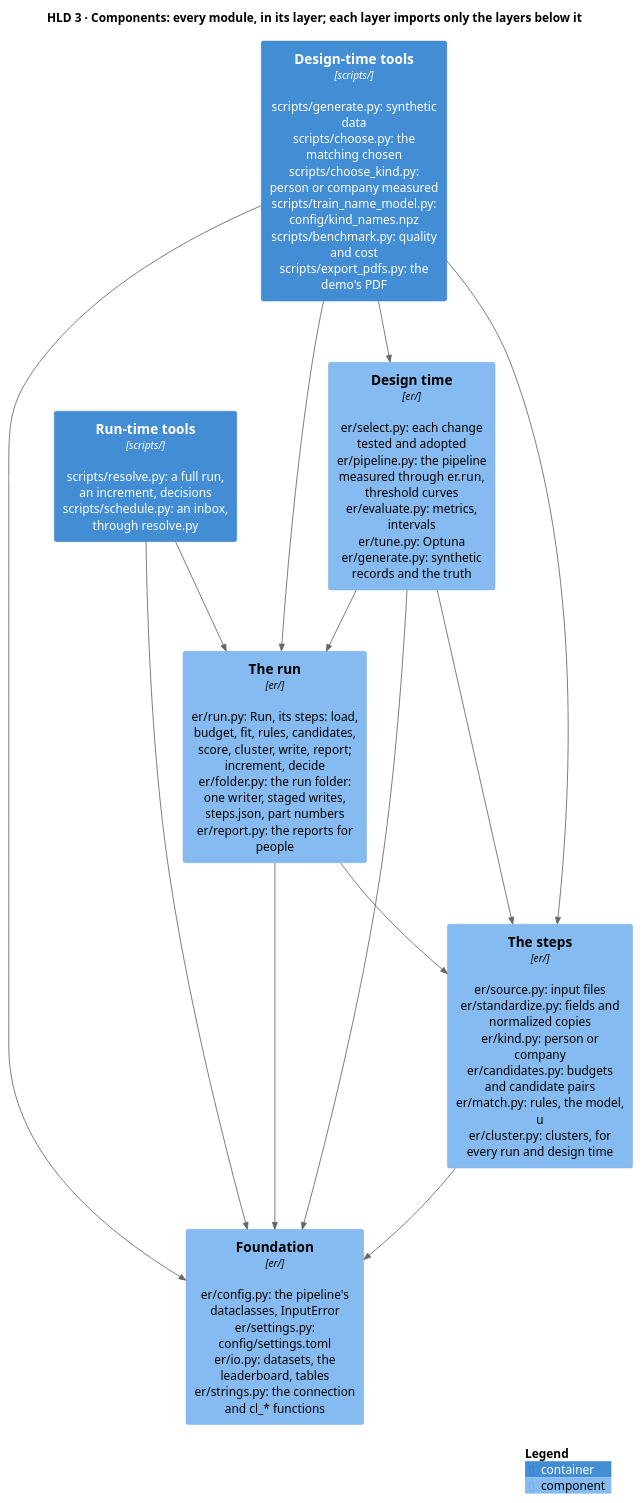
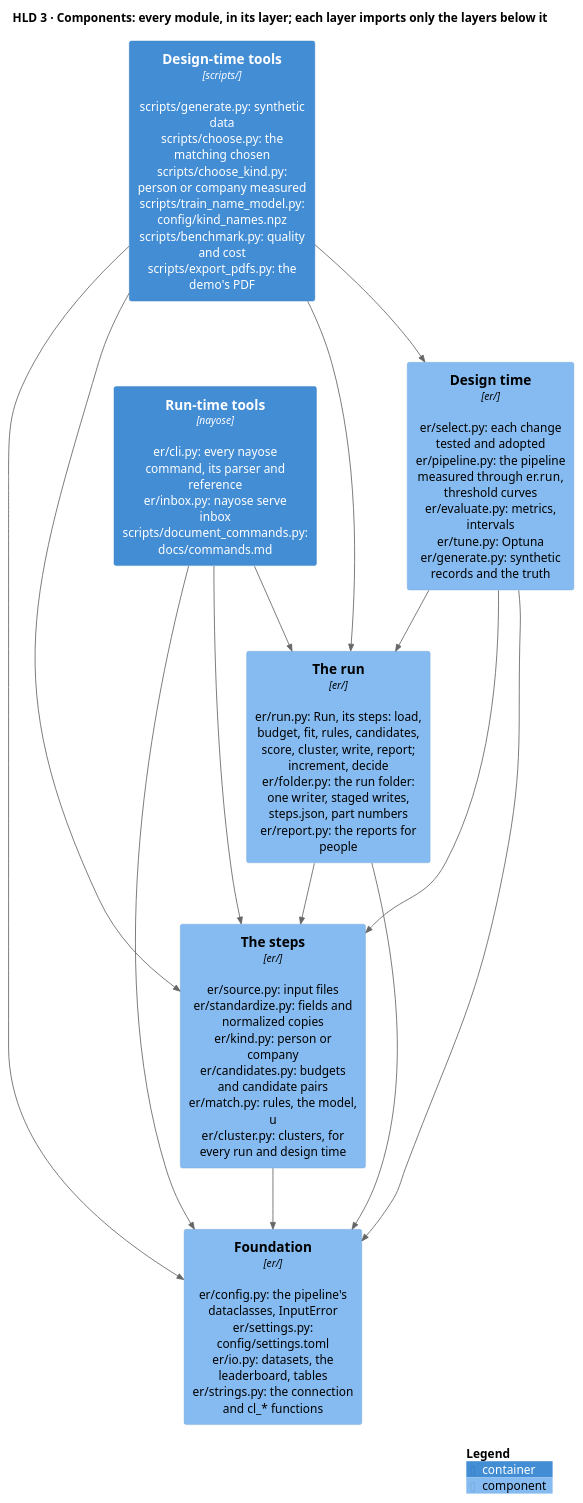
The diagram in docs/diagrams/components.puml (mvsbm/entity_matching), drawn with PlantUML before and after one commit. The commit also changed 48 other files, not shown here.

First line of the commit message:
nayose: one complete command line, declared once

```diff
--- a/docs/diagrams/components.puml
+++ b/docs/diagrams/components.puml
@@ -1,29 +1,30 @@
 @startuml components
 !include <C4/C4_Component>
 LAYOUT_TOP_DOWN()
 HIDE_STEREOTYPE()
 title HLD 3 · Components: every module, in its layer; each layer imports only the layers below it
 
-Container(tools_run, "Run-time tools", "scripts/", "scripts/resolve.py: a full run, an increment, decisions\nscripts/schedule.py: an inbox, through resolve.py")
+Container(tools_run, "Run-time tools", "nayose", "er/cli.py: every nayose command, its parser and reference\ner/inbox.py: nayose serve inbox\nscripts/document_commands.py: docs/commands.md")
 Container(tools_design, "Design-time tools", "scripts/", "scripts/generate.py: synthetic data\nscripts/choose.py: the matching chosen\nscripts/choose_kind.py: person or company measured\nscripts/train_name_model.py: config/kind_names.npz\nscripts/benchmark.py: quality and cost\nscripts/export_pdfs.py: the demo's PDF")
 
 Component(run, "The run", "er/", "er/run.py: Run, its steps: load, budget, fit, rules, candidates, score, cluster, write, report; increment, decide\ner/folder.py: the run folder: one writer, staged writes, steps.json, part numbers\ner/report.py: the reports for people")
 Component(design, "Design time", "er/", "er/select.py: each change tested and adopted\ner/pipeline.py: the pipeline measured through er.run, threshold curves\ner/evaluate.py: metrics, intervals\ner/tune.py: Optuna\ner/generate.py: synthetic records and the truth")
 Component(steps, "The steps", "er/", "er/source.py: input files\ner/standardize.py: fields and normalized copies\ner/kind.py: person or company\ner/candidates.py: budgets and candidate pairs\ner/match.py: rules, the model, u\ner/cluster.py: clusters, for every run and design time")
 Component(configuration, "Foundation", "er/", "er/config.py: the pipeline's dataclasses, InputError\ner/settings.py: config/settings.toml\ner/io.py: datasets, the leaderboard, tables\ner/strings.py: the connection and cl_* functions")
 
 Rel_D(tools_run, run, "")
+Rel_D(tools_run, steps, "")
 Rel_D(tools_run, configuration, "")
 Rel_D(tools_design, run, "")
 Rel_D(tools_design, design, "")
 Rel_D(tools_design, steps, "")
 Rel_D(tools_design, configuration, "")
 Rel_D(run, steps, "")
 Rel_D(run, configuration, "")
 Rel_D(design, run, "")
 Rel_D(design, steps, "")
 Rel_D(design, configuration, "")
 Rel_D(steps, configuration, "")
 
 SHOW_LEGEND()
 @enduml
```
